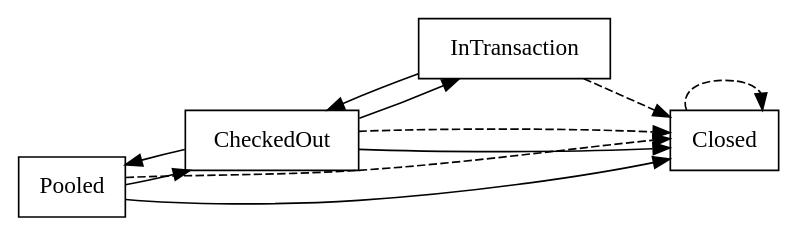
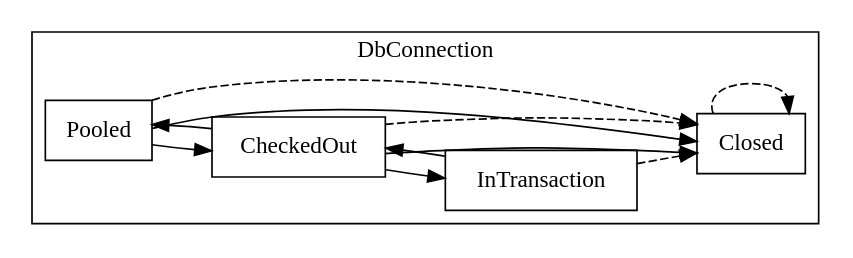
The third of 3 diagrams in docs/guide/visualization.md (elijahr/nim-typestates), drawn with Graphviz before and after one commit. The commit also changed other lines of this file and 25 other files, not shown here.

````diff
--- a/docs/guide/visualization.md
+++ b/docs/guide/visualization.md
@@ -121,22 +135,27 @@
 ```dot
-digraph DbConnection {
+digraph {
   rankdir=LR;
   node [shape=box];
 
-  Pooled;
-  CheckedOut;
-  InTransaction;
-  Closed;
+  subgraph cluster_DbConnection {
+    label="DbConnection";
 
-  Pooled -> CheckedOut;
-  Pooled -> Closed;
-  CheckedOut -> Pooled;
-  CheckedOut -> InTransaction;
-  CheckedOut -> Closed;
-  InTransaction -> CheckedOut;
-  Pooled -> Closed [style=dashed];
-  CheckedOut -> Closed [style=dashed];
-  InTransaction -> Closed [style=dashed];
-  Closed -> Closed [style=dashed];
+    Pooled;
+    CheckedOut;
+    InTransaction;
+    Closed;
+
+    Pooled -> CheckedOut;
+    Pooled -> Closed;
+    CheckedOut -> Pooled;
+    CheckedOut -> InTransaction;
+    CheckedOut -> Closed;
+    InTransaction -> CheckedOut;
+    Pooled -> Closed [style=dashed];
+    CheckedOut -> Closed [style=dashed];
+    InTransaction -> Closed [style=dashed];
+    Closed -> Closed [style=dashed];
+  }
+
 }
 ```
````
